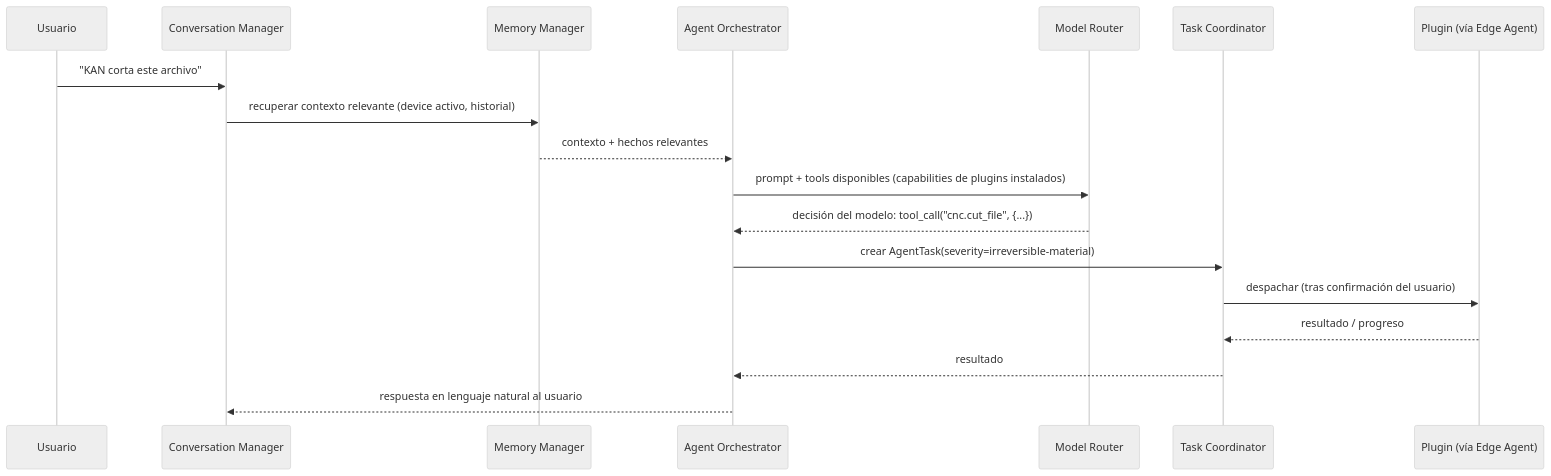
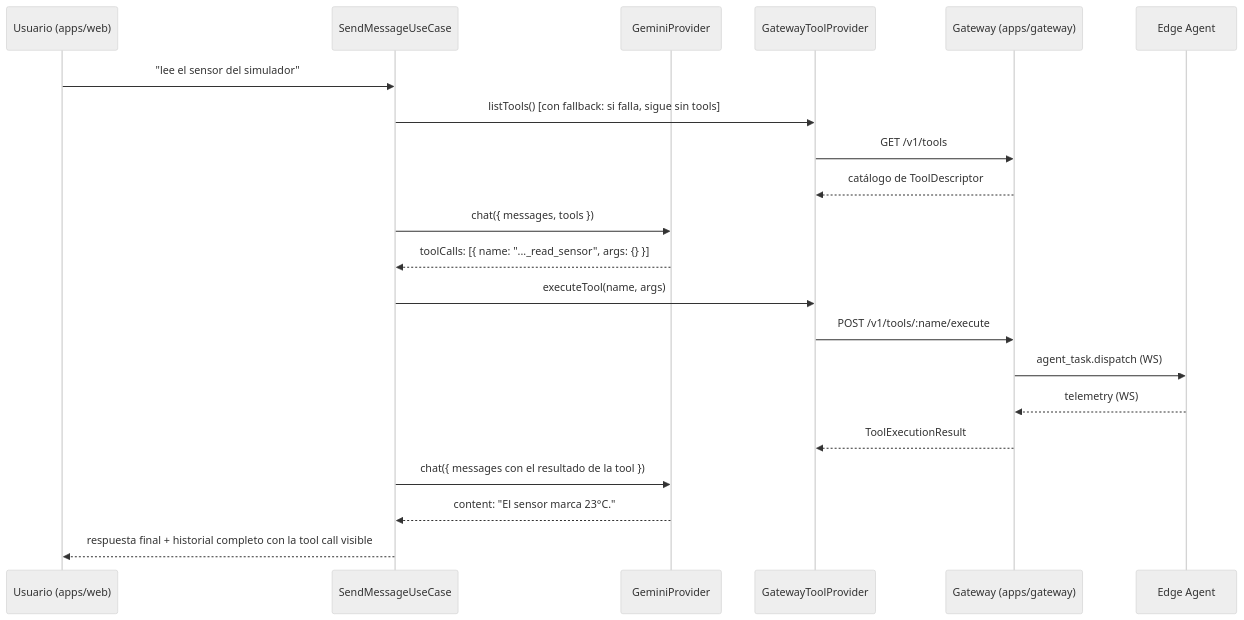
Before and after one commit to LeoXNaredh/KAN: the diagram in docs/05-arquitectura-ia.md, drawn with Mermaid (neutral theme). The commit also changed other lines of this file and 16 other files, not shown here.

````diff
--- a/docs/05-arquitectura-ia.md
+++ b/docs/05-arquitectura-ia.md
@@ -26,21 +37,24 @@
 ```mermaid
 sequenceDiagram
-    participant U as Usuario
-    participant C as Conversation Manager
-    participant M as Memory Manager
-    participant O as Agent Orchestrator
-    participant R as Model Router
-    participant T as Task Coordinator
-    participant P as Plugin (vía Edge Agent)
+    participant U as Usuario (apps/web)
+    participant UC as SendMessageUseCase
+    participant AI as GeminiProvider
+    participant TP as GatewayToolProvider
+    participant GW as Gateway (apps/gateway)
+    participant EA as Edge Agent
 
-    U->>C: "KAN corta este archivo"
-    C->>M: recuperar contexto relevante (device activo, historial)
-    M-->>O: contexto + hechos relevantes
-    O->>R: prompt + tools disponibles (capabilities de plugins instalados)
-    R-->>O: decisión del modelo: tool_call("cnc.cut_file", {...})
-    O->>T: crear AgentTask(severity=irreversible-material)
-    T->>P: despachar (tras confirmación del usuario)
-    P-->>T: resultado / progreso
-    T-->>O: resultado
-    O-->>C: respuesta en lenguaje natural al usuario
+    U->>UC: "lee el sensor del simulador"
+    UC->>TP: listTools() [con fallback: si falla, sigue sin tools]
+    TP->>GW: GET /v1/tools
+    GW-->>TP: catálogo de ToolDescriptor
+    UC->>AI: chat({ messages, tools })
+    AI-->>UC: toolCalls: [{ name: "..._read_sensor", args: {} }]
+    UC->>TP: executeTool(name, args)
+    TP->>GW: POST /v1/tools/:name/execute
+    GW->>EA: agent_task.dispatch (WS)
+    EA-->>GW: telemetry (WS)
+    GW-->>TP: ToolExecutionResult
+    UC->>AI: chat({ messages con el resultado de la tool })
+    AI-->>UC: content: "El sensor marca 23°C."
+    UC-->>U: respuesta final + historial completo con la tool call visible
 ```
````
